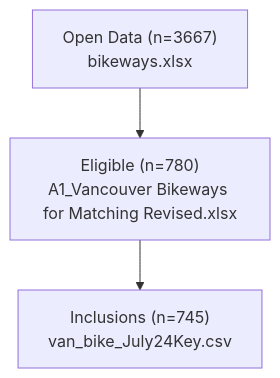
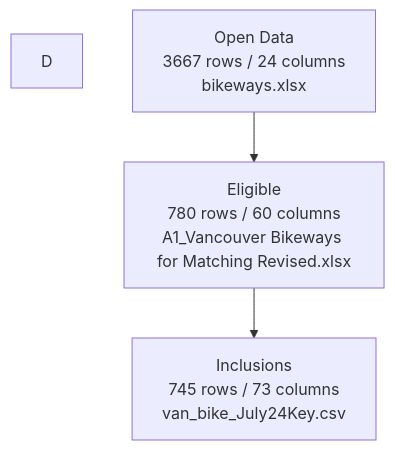
One commit to rrwen/recovr-infracycle changed the diagram in data/raw/vancouver/README.md. Above: the diagram before and after it, drawn with Mermaid.

Commit message:
Revise vanc raw  diagram data

````diff
--- a/data/raw/vancouver/README.md
+++ b/data/raw/vancouver/README.md
@@ -16,9 +16,10 @@
 ```mermaid
 graph TD
+style D text-align:left
 
-city["Open Data (n=3667)<br>bikeways.xlsx"]
-entry["Eligible (n=780)<br>A1_Vancouver Bikeways for Matching Revised.xlsx"]
-processed["Inclusions (n=745)<br>van_bike_July24Key.csv"]
+city["Open Data<br>3667 rows / 24 columns<br>bikeways.xlsx"]
+entry["Eligible<br>780 rows / 60 columns<br>A1_Vancouver Bikeways for Matching Revised.xlsx"]
+processed["Inclusions<br>745 rows / 73 columns<br>van_bike_July24Key.csv"]
 
 city --> entry --> processed
 ```
````
